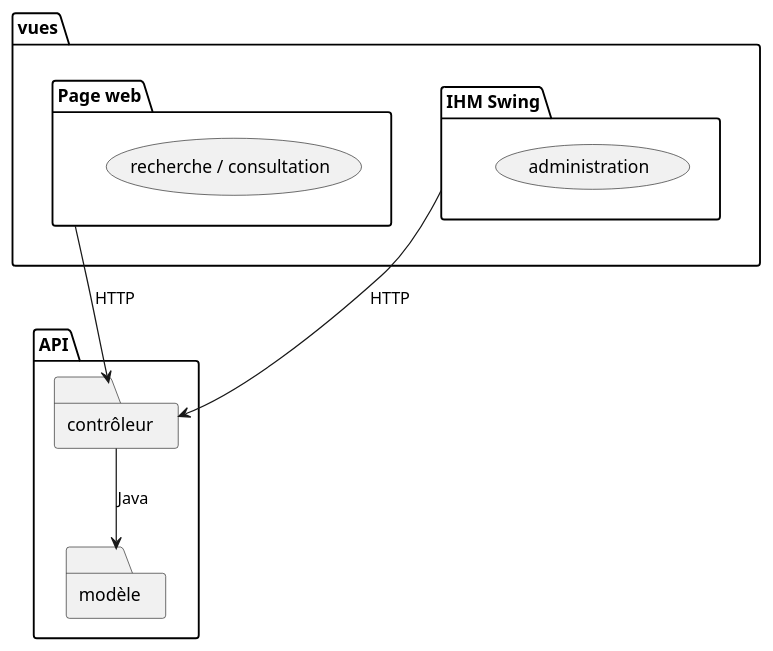
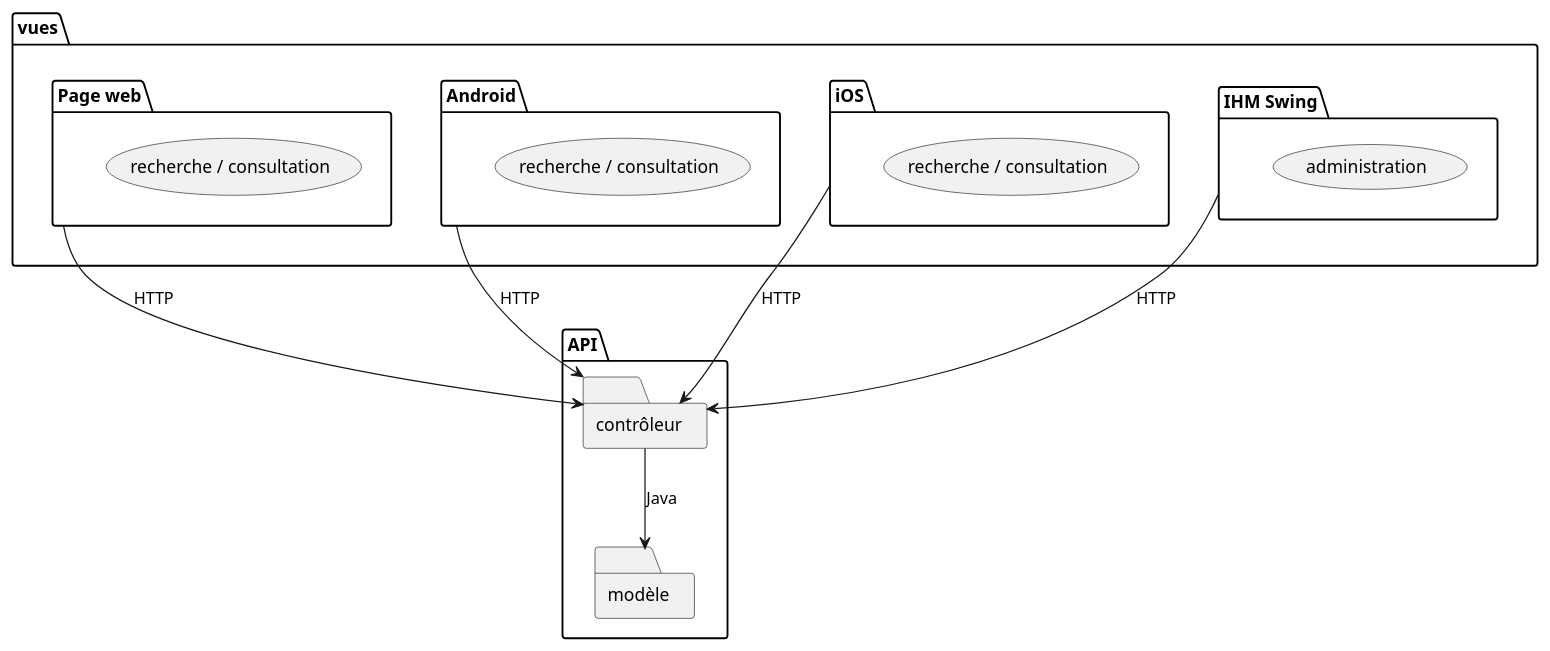
The third of 4 diagrams in src/main/doc/imaginer-plus-loin.adoc (tgoubin/mvc-example), drawn with PlantUML before and after one commit. The commit also changed other lines of this file and 4 other files, not shown here.

```diff
--- a/src/main/doc/imaginer-plus-loin.adoc
+++ b/src/main/doc/imaginer-plus-loin.adoc
@@ -91,27 +98,37 @@
 [plantuml, "modele-mvc3", png]  
 ----
 @startuml
 
 folder API {
 	folder modèle {
 	}
 	folder contrôleur {
 	}
 }
 
 folder vues {
     folder "Page web" as web {
-    	usecase "recherche / consultation"
+    	usecase "recherche / consultation" as rc1
+    }
+    
+    folder Android {
+    	usecase "recherche / consultation" as rc2
+    }
+    
+    folder iOS {
+    	usecase "recherche / consultation" as rc3
     }
     
     folder "IHM Swing" as swing {
     	usecase "administration"
     }
 }
 
 web --> contrôleur: HTTP
+Android --> contrôleur: HTTP
+iOS --> contrôleur: HTTP
 swing --> contrôleur: HTTP
 contrôleur --> modèle: Java
 
 @enduml
 ----
```
